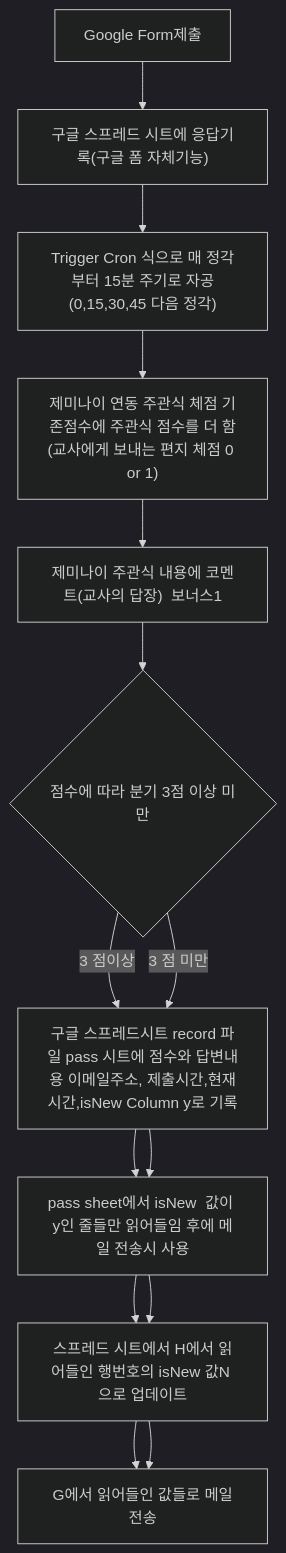
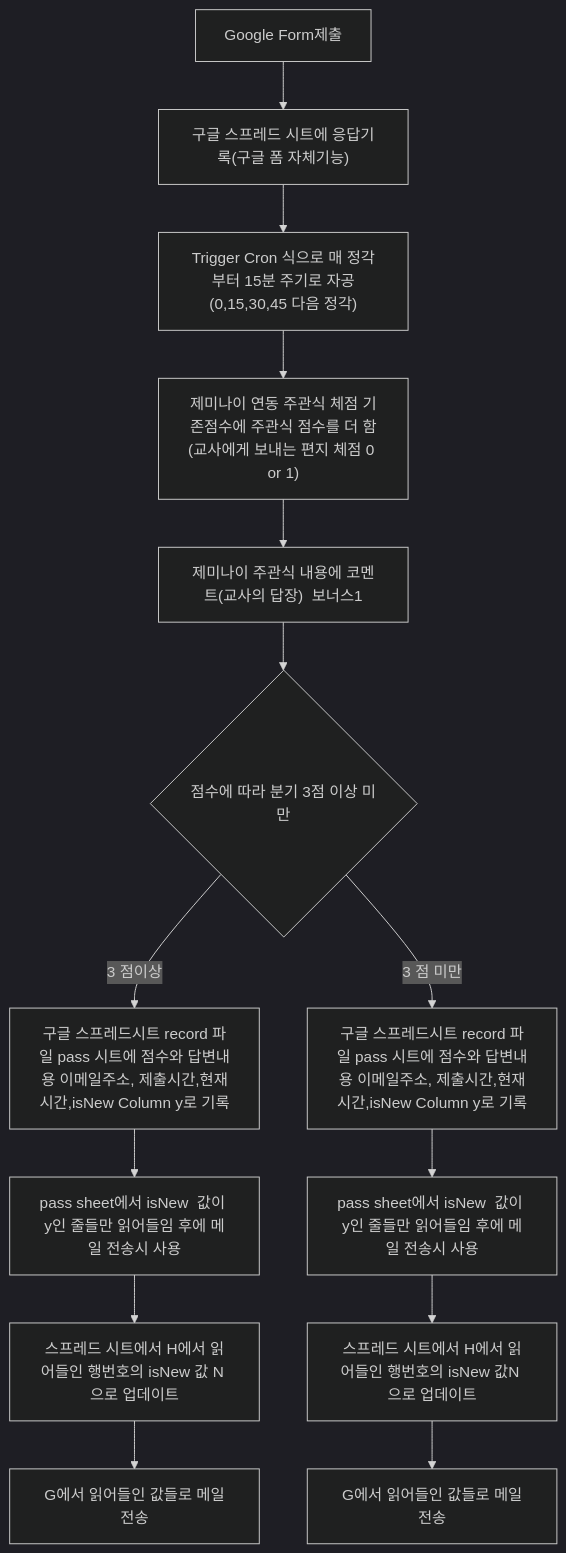
Before and after one commit to codysseus42/noCode: the diagram in project1/compareReport.md, drawn with Mermaid (dark theme).

````diff
--- a/project1/compareReport.md
+++ b/project1/compareReport.md
@@ -7,6 +7,6 @@
 ```mermaid
 graph TD
        A["Google Form제출"] --> B["구글 스프레드 시트에 응답기록(구글 폼 자체기능)"] --> C["Trigger Cron 식으로 매 정각부터 15분 주기로 자공(0,15,30,45 다음 정각)"] --> D["제미나이 연동 주관식 체점 기존점수에 주관식 점수를 더 함(교사에게 보내는 편지 체점 0 or 1)"] --> E["제미나이 주관식 내용에 코멘트(교사의 답장)  보너스1"] --> F{점수에 따라 분기 3점 이상 미만}
        F --> |3 점이상| G["구글 스프레드시트 record 파일 pass 시트에 점수와 답변내용 이메일주소, 제출시간,현재시간,isNew Column y로 기록"] --> H["pass sheet에서 isNew  값이 y인 줄들만 읽어들임 후에 메일 전송시 사용"] --> I["스프레드 시트에서 H에서 읽어들인 행번호의 isNew 값 N 으로 업데이트"] --> J["G에서 읽어들인 값들로 메일전송"] 
-      F --> |3 점 미만| G["구글 스프레드시트 record 파일 pass 시트에 점수와 답변내용 이메일주소, 제출시간,현재시간,isNew Column y로 기록"] --> H["pass sheet에서 isNew  값이 y인 줄들만 읽어들임 후에 메일 전송시 사용"] --> I["스프레드 시트에서 H에서 읽어들인 행번호의 isNew 값N 으로 업데이트"] --> J["G에서 읽어들인 값들로 메일전송"]
+      F --> |3 점 미만| K["구글 스프레드시트 record 파일 pass 시트에 점수와 답변내용 이메일주소, 제출시간,현재시간,isNew Column y로 기록"] --> L["pass sheet에서 isNew  값이 y인 줄들만 읽어들임 후에 메일 전송시 사용"] --> M["스프레드 시트에서 H에서 읽어들인 행번호의 isNew 값N 으로 업데이트"] --> N["G에서 읽어들인 값들로 메일전송"]
 ```
````
